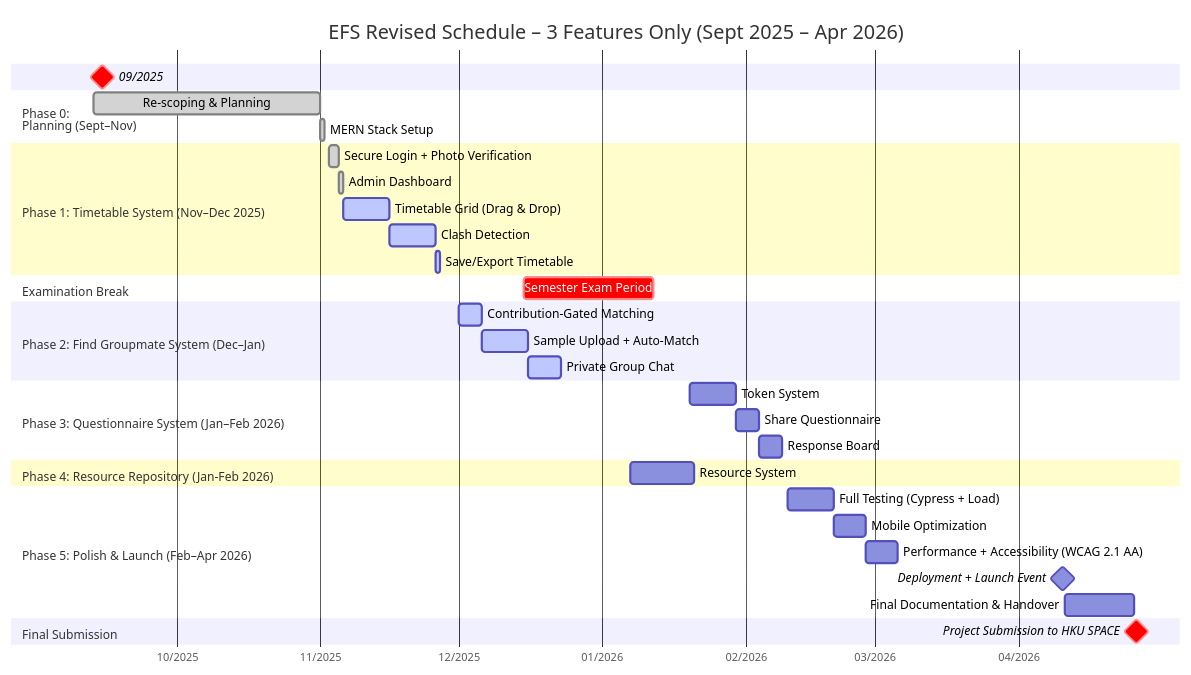
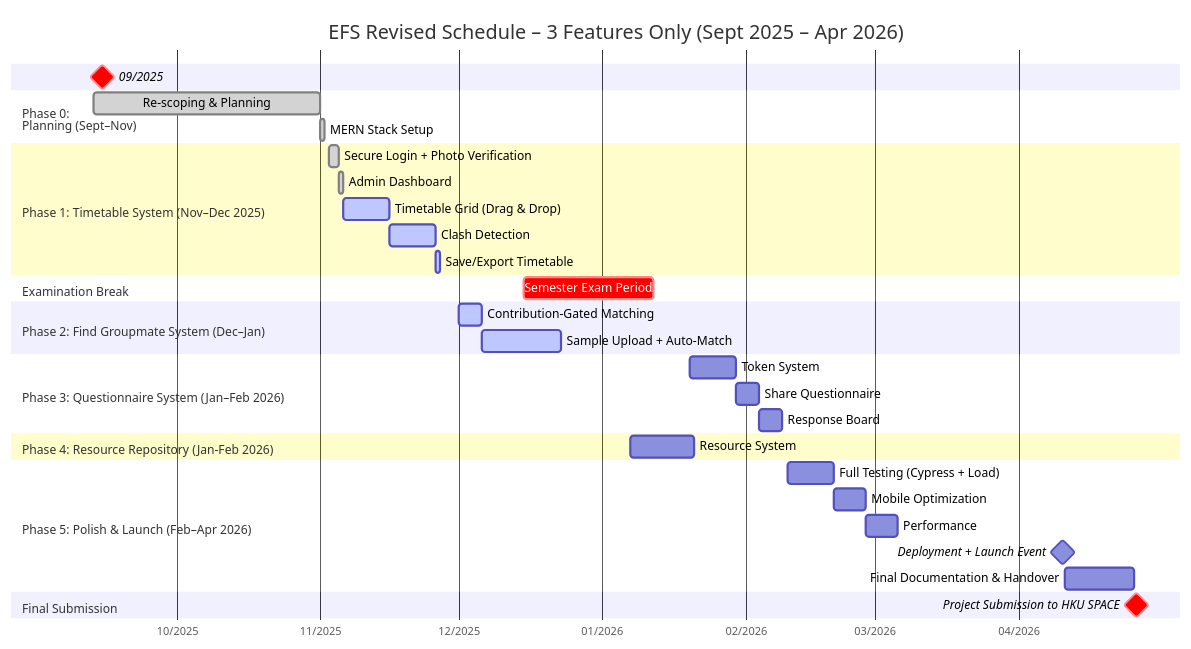
The diagram in markdown/schedule.md (MyFGitAccount/MARKDOWN_KK), drawn with Mermaid before and after one commit.

Commit message:
add schedule

````diff
--- a/markdown/schedule.md
+++ b/markdown/schedule.md
@@ -1,48 +1,47 @@
 ```mermaid
 gantt
     title EFS Revised Schedule – 3 Features Only (Sept 2025 – Apr 2026)
     dateFormat YYYY-MM-DD
     axisFormat %m/%Y
     tickInterval 1month
     todayMarker stroke-width:1px,stroke:#e74c3c,opacity:0.9
 
     %% Timestamp milestone (bold red, highly visible)
     09/2025 :milestone, crit, ts, 2025-09-15, 0d
 
     section Phase 0: <br>Planning (Sept–Nov)
     Re-scoping & Planning :done, plan1, 2025-09-13, 2025-11-01
     MERN Stack Setup :done, setup1, after plan1, 1d
 
     section Phase 1: Timetable System (Nov–Dec 2025)
     Secure Login + Photo Verification :done, auth1, 2025-11-03, 2025-11-05
     Admin Dashboard :done, admin1, after auth1, 1d
     Timetable Grid (Drag & Drop) :active, timetable1, after admin1, 10d
     Clash Detection :active, clash1, after timetable1, 10d
     Save/Export Timetable :active, export1, after clash1, 1d
 
     section Examination Break
     Semester Exam Period :crit, exam, 2025-12-15, 2026-01-12
 
     section Phase 2: Find Groupmate System (Dec–Jan)
     Contribution-Gated Matching :active, group1, 2025-12-01, 5d
-    Sample Upload + Auto-Match :active, timer1, after group1, 10d
-    Private Group Chat :active, chat1, after timer1, 7d
+    Sample Upload + Auto-Match :active, timer1, after group1, 17d
     
     section Phase 3: Questionnaire System (Jan–Feb 2026)
     Token System :token1, 2026-01-20, 10d
     Share Questionnaire :share1, after token1, 5d
     Response Board :board1, after share1, 5d
     
     section Phase 4: Resource Repository (Jan-Feb 2026)
     Resource System:r1,2026-01-7,14d
-    
+
     section Phase 5: Polish & Launch (Feb–Apr 2026)
-    Full Testing (Cypress + Load) :test1, 2026-02-10, 10d
-    Mobile Optimization :mobile1, after test1, 7d
-    Performance + Accessibility (WCAG 2.1 AA) :perf1, after mobile1, 7d
-    Deployment + Launch Event :milestone, launch, 2026-04-10, 1d
+    Full Testing (Cypress + Load)  :test1, 2026-02-10, 10d
+    Mobile Optimization            :mobile1, after test1, 7d
+    Performance                    :perf1, after mobile1, 7d
+    Deployment + Launch Event      :milestone, launch, 2026-04-10, 1d
     Final Documentation & Handover :handover1, after launch, 15d
 
     section Final Submission
     Project Submission to HKU SPACE :crit, milestone, submit, 2026-04-26, 1d
 ```
````
